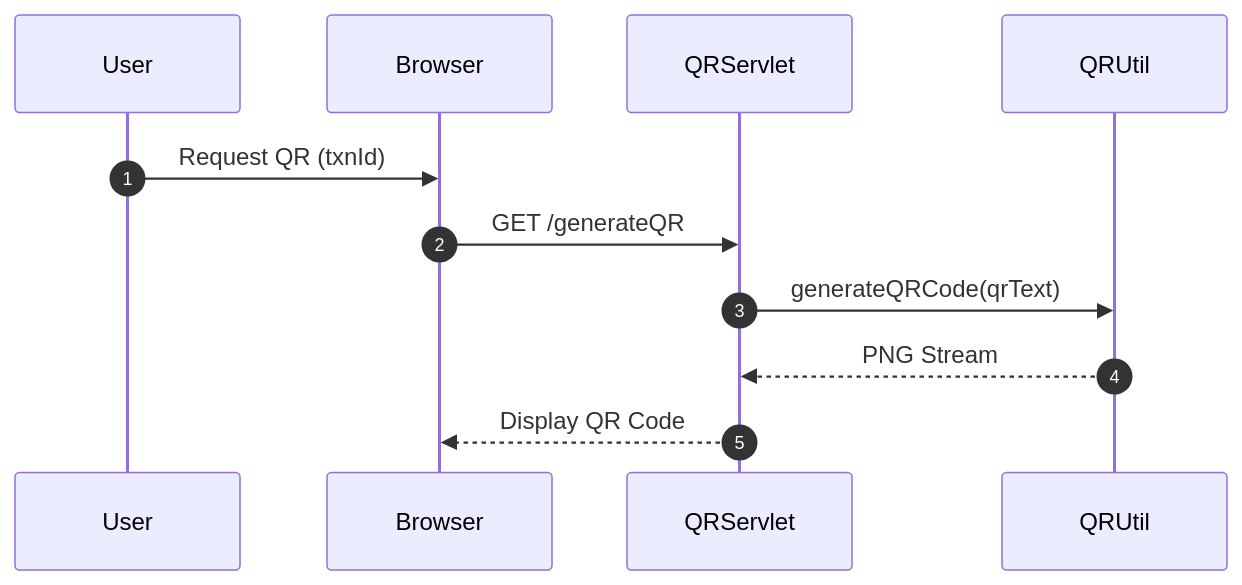
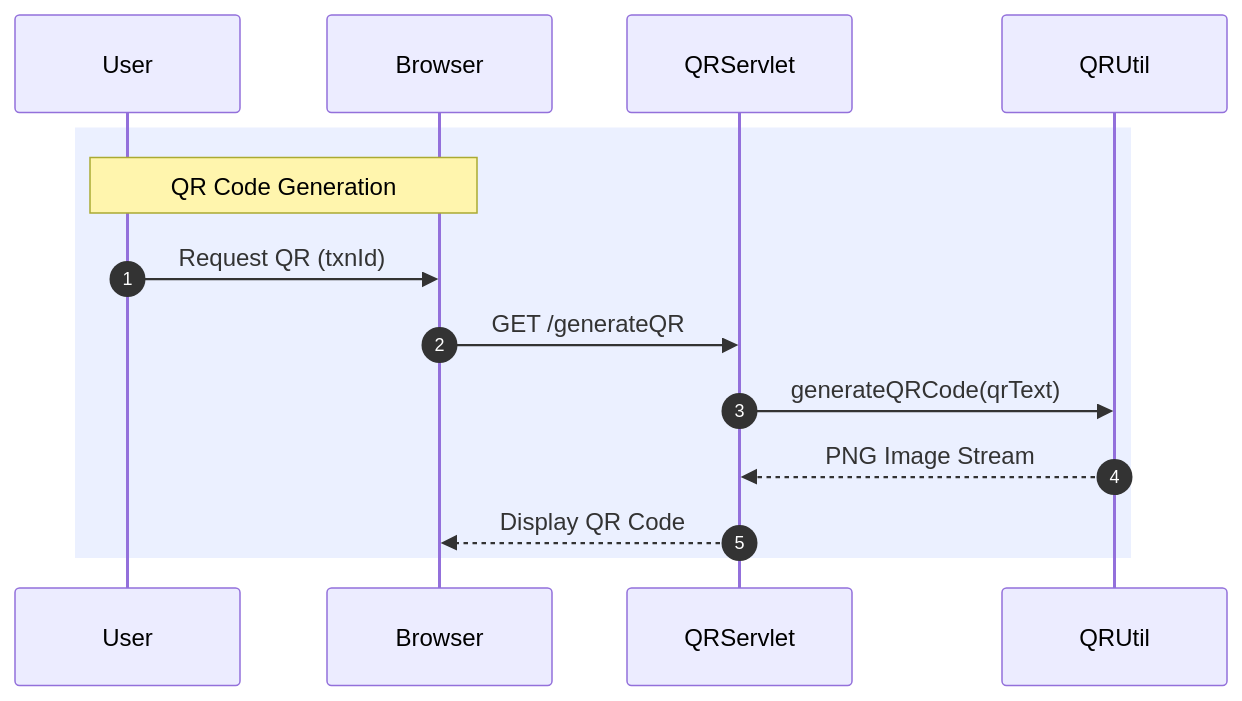
One commit to gowtham2803/Credit_Card_Management_System changed the third of 3 diagrams in Mermaid.md. Above: the diagram before and after it, drawn with Mermaid. The commit also changed other lines of this file, not shown here.

First line of the commit message:
Update Mermaid.md

````diff
--- a/Mermaid.md
+++ b/Mermaid.md
@@ -91,15 +110,19 @@
 ```mermaid
 sequenceDiagram
     autonumber
 
     participant U as User
     participant B as Browser
     participant QS as QRServlet
     participant QR as QRUtil
 
+    %% QR Section
+    rect rgb(235, 240, 255)
+    Note over U,B: QR Code Generation
     U->>B: Request QR (txnId)
     B->>QS: GET /generateQR
     QS->>QR: generateQRCode(qrText)
-    QR-->>QS: PNG Stream
+    QR-->>QS: PNG Image Stream
     QS-->>B: Display QR Code
+    end
 ```
````
